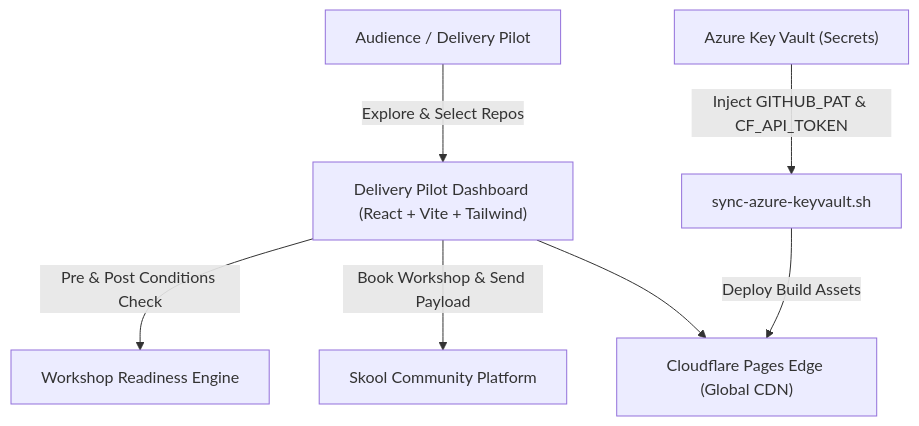
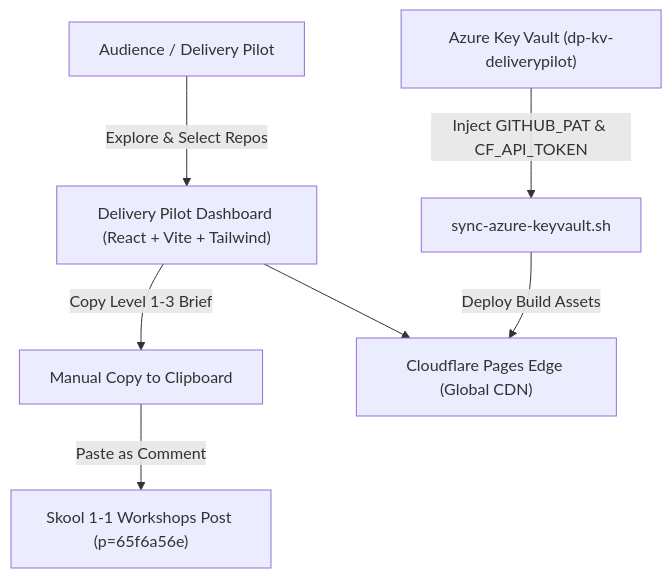
Before and after one commit to rifaterdemsahin/delivery-pilot-dashboard: the diagram in README.md, drawn with Mermaid. The commit also changed other lines of this file and 5 other files, not shown here.

Commit message:
feat: add admin dropdown with spec, keyvault, cloudflare edge and skool 1-1 workshops level template

````diff
--- a/README.md
+++ b/README.md
@@ -51,11 +82,11 @@
 ```mermaid
 flowchart TD
     Audience["Audience / Delivery Pilot"] -->|Explore & Select Repos| Dashboard["Delivery Pilot Dashboard (React + Vite + Tailwind)"]
-    Dashboard -->|Pre & Post Conditions Check| Conditions["Workshop Readiness Engine"]
-    Dashboard -->|Book Workshop & Send Payload| Skool["Skool Community Platform"]
+    Dashboard -->|Copy Level 1-3 Brief| CopyAction["Manual Copy to Clipboard"]
+    CopyAction -->|Paste as Comment| Skool["Skool 1-1 Workshops Post (p=65f6a56e)"]
     
-    AzureKV["Azure Key Vault (Secrets)"] -->|Inject GITHUB_PAT & CF_API_TOKEN| Script["sync-azure-keyvault.sh"]
+    AzureKV["Azure Key Vault (dp-kv-deliverypilot)"] -->|Inject GITHUB_PAT & CF_API_TOKEN| Script["sync-azure-keyvault.sh"]
     Script -->|Deploy Build Assets| Cloudflare["Cloudflare Pages Edge (Global CDN)"]
     
     Dashboard --> Cloudflare
 ```
````
